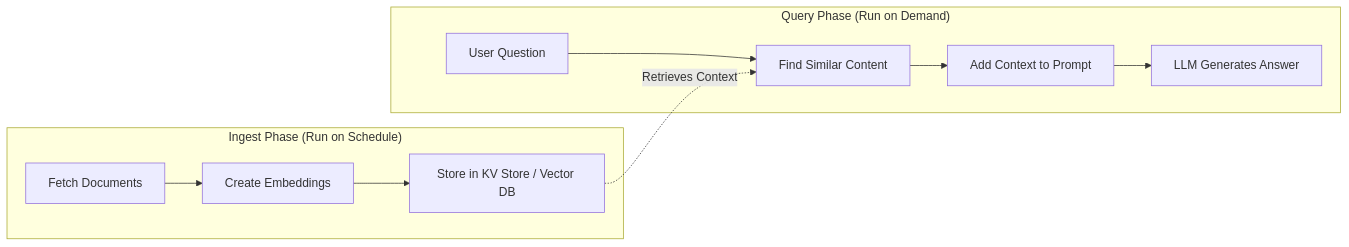
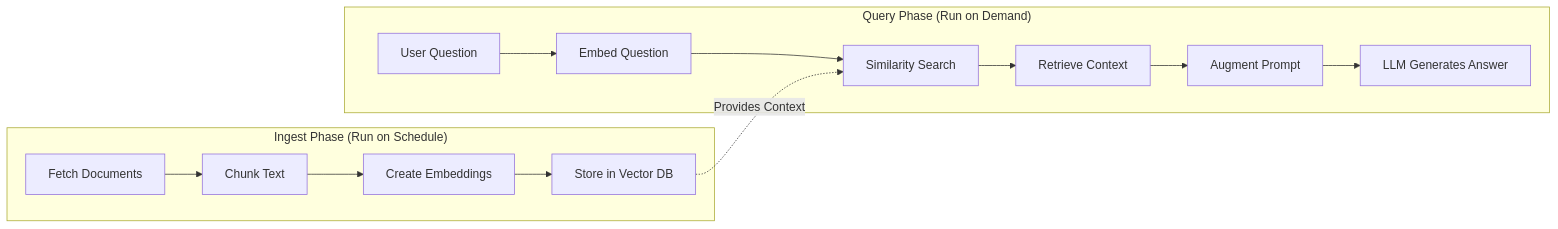
Before and after one commit to beingAnujChaudhary/LLM-Zoomcamp: diagram 17 of 32 in 03-orchestration/readme.md, drawn with Mermaid. The commit also changed other lines of this file, not shown here.

````diff
--- a/03-orchestration/readme.md
+++ b/03-orchestration/readme.md
@@ -145,15 +370,18 @@
 ```mermaid
 graph LR
     subgraph Ingest ["Ingest Phase (Run on Schedule)"]
-        A[Fetch Documents] --> B[Create Embeddings]
-        B --> C[Store in KV Store / Vector DB]
+        A[Fetch Documents] --> B[Chunk Text]
+        B --> C[Create Embeddings]
+        C --> D[Store in Vector DB]
     end
     
     subgraph Query ["Query Phase (Run on Demand)"]
-        D[User Question] --> E[Find Similar Content]
-        E --> F[Add Context to Prompt]
-        F --> G[LLM Generates Answer]
+        E[User Question] --> F[Embed Question]
+        F --> G[Similarity Search]
+        G --> H[Retrieve Context]
+        H --> I[Augment Prompt]
+        I --> J[LLM Generates Answer]
     end
     
-    C -.->|Retrieves Context| E
+    D -.->|Provides Context| G
 ```
````
